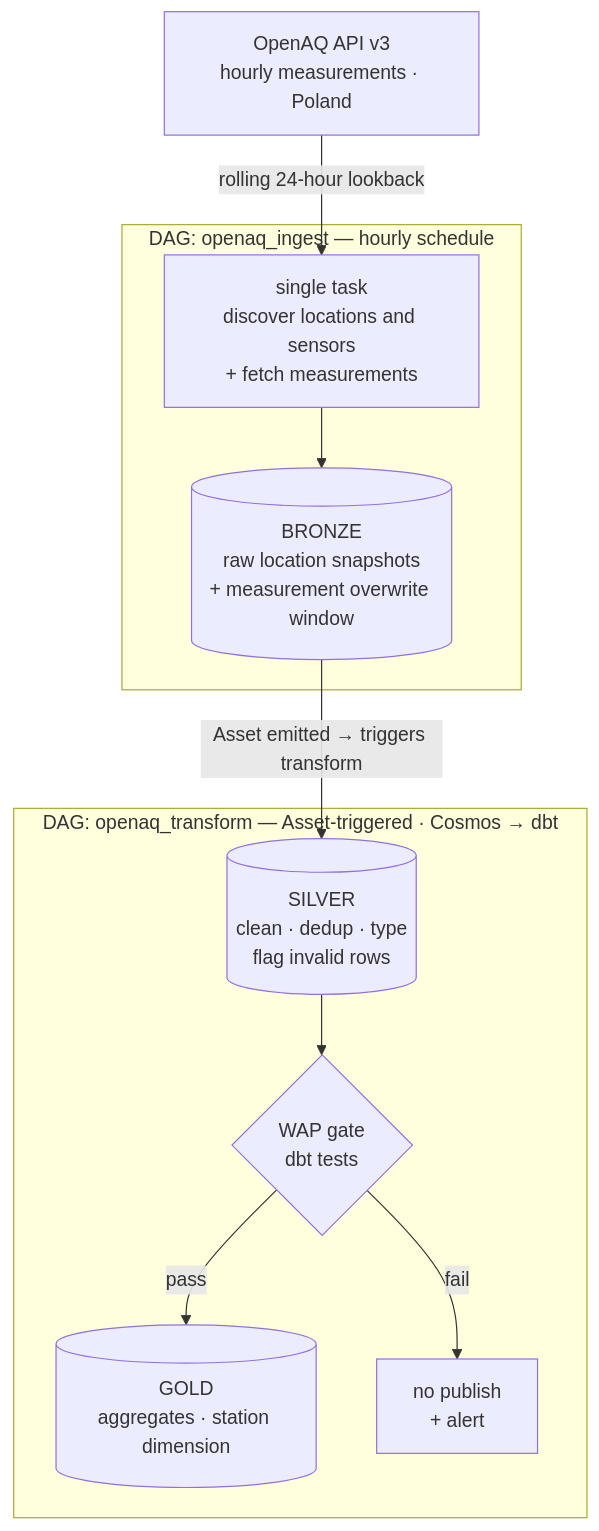
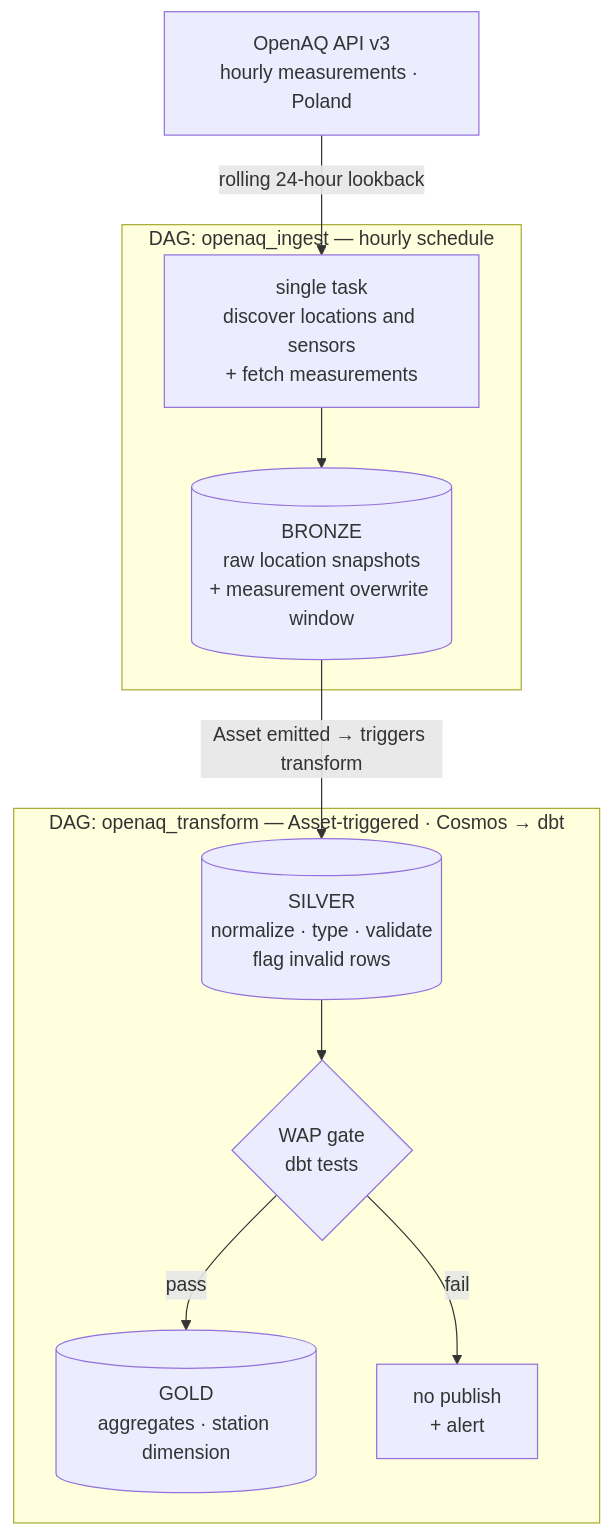
The diagram in README.md (klaudiawolinska/airflow-openaq-medallion), drawn with Mermaid before and after one commit. The commit also changed other lines of this file and 6 other files, not shown here.

````diff
--- a/README.md
+++ b/README.md
@@ -23,22 +23,22 @@
 ```mermaid
 flowchart TD
     API["OpenAQ API v3<br/>hourly measurements · Poland"]
 
     subgraph ingest["DAG: openaq_ingest — hourly schedule"]
         INGEST["single task<br/>discover locations and sensors<br/>+ fetch measurements"]
         BRONZE[("BRONZE<br/>raw location snapshots<br/>+ measurement overwrite window")]
         INGEST --> BRONZE
     end
 
     subgraph transform["DAG: openaq_transform — Asset-triggered · Cosmos → dbt"]
-        SILVER[("SILVER<br/>clean · dedup · type<br/>flag invalid rows")]
+        SILVER[("SILVER<br/>normalize · type · validate<br/>flag invalid rows")]
         GATE{"WAP gate<br/>dbt tests"}
         GOLD[("GOLD<br/>aggregates · station dimension")]
         SILVER --> GATE
         GATE -->|pass| GOLD
         GATE -->|fail| STOP["no publish<br/>+ alert"]
     end
 
     API -->|rolling 24-hour lookback| INGEST
     BRONZE -->|Asset emitted → triggers transform| SILVER
 ```
````
